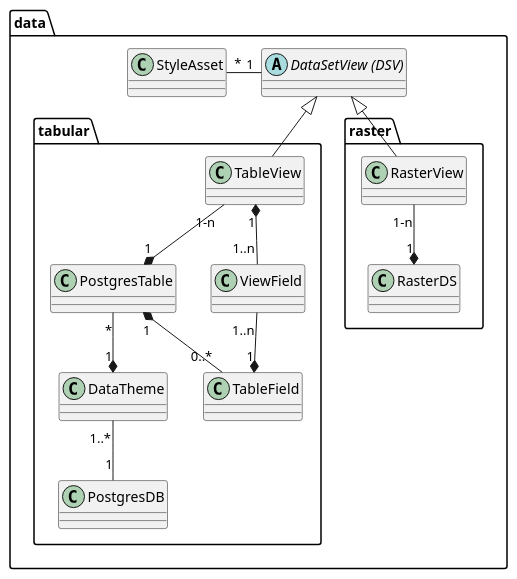
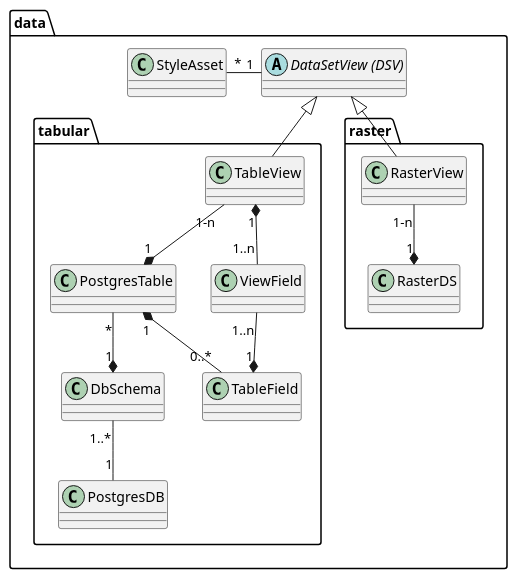
The diagram in modeldoc/resources/data/data.puml (sogis/simi), drawn with PlantUML before and after one commit. The commit also changed 47 other files, not shown here.

```diff
--- a/modeldoc/resources/data/data.puml
+++ b/modeldoc/resources/data/data.puml
@@ -1,38 +1,38 @@
 @startuml
 package data {
 
 	abstract class "DataSetView (DSV)" as dsv
     class "StyleAsset" as sta
 
     package tabular {
         class "TableView" as tv
         class "PostgresTable" as pt
         class "PostgresDB" as pdb
         class "TableField" as tf
         class "ViewField" as vf
-        class "DataTheme" as dt
+        class "DbSchema" as ds
 
         tv "1-n" --* "1" pt
 
-        pt "*" --* "1" dt
+        pt "*" --* "1" ds
         pt "1" *-- "0..*" tf
 
         tv "1" *-- "1..n" vf
         vf "1..n" --* "1" tf
 
-        dt "1..*" -- "1" pdb
+        ds "1..*" -- "1" pdb
     }
 
     package "raster"{
         class "RasterView" as rv
         class "RasterDS" as rds
 
         rv "1-n" --* "1" rds
     }
 
     dsv <|-- tv
     dsv <|-- rv
 
     dsv "1" -left- "*" sta
 }
 @enduml
```
